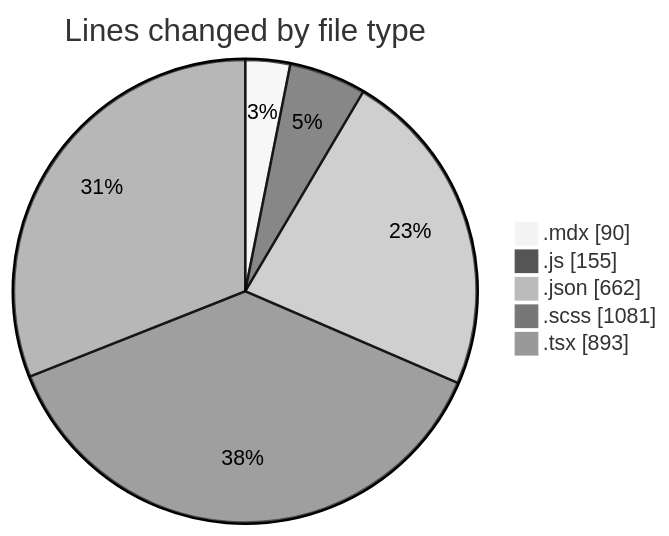
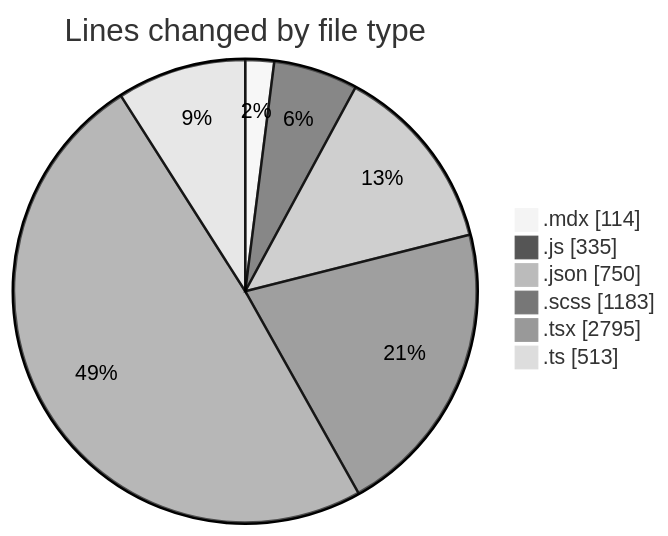
The first of 2 diagrams in 2026-08-13/cda/README.md (momahboobian/code-tracking), drawn with Mermaid (neutral theme) before and after one commit. The commit also changed other lines of this file and 1 other file, not shown here.

````diff
--- a/2026-08-13/cda/README.md
+++ b/2026-08-13/cda/README.md
@@ -33,9 +46,10 @@
 ```mermaid
 pie showData
 title Lines changed by file type
-".mdx" : 90
-".js" : 155
-".json" : 662
-".scss" : 1081
-".tsx" : 893
+".mdx" : 114
+".js" : 335
+".json" : 750
+".scss" : 1183
+".tsx" : 2795
+".ts" : 513
 ```
````
